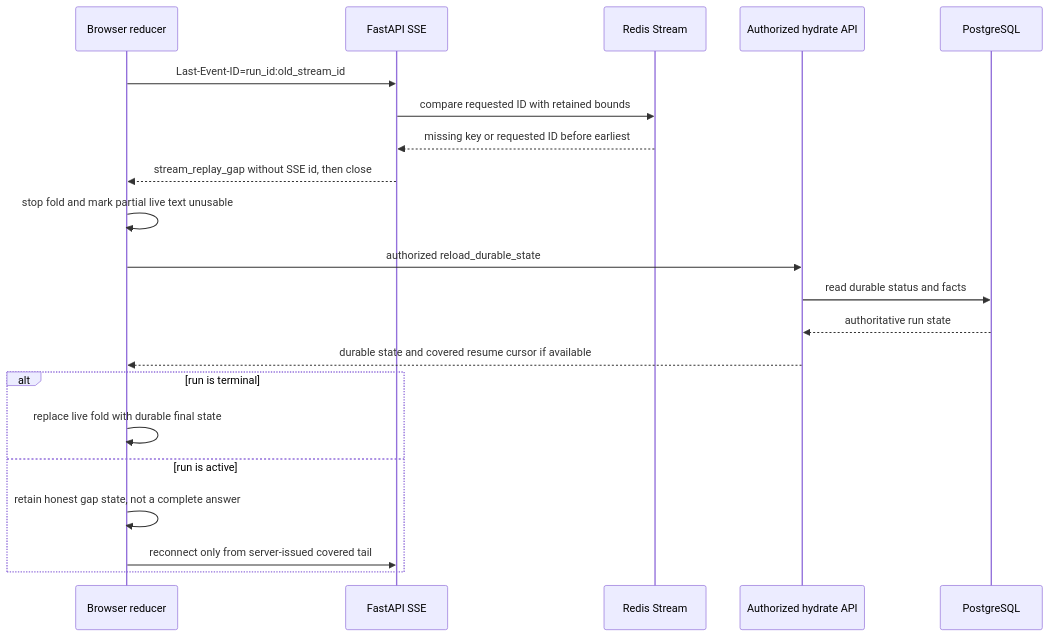
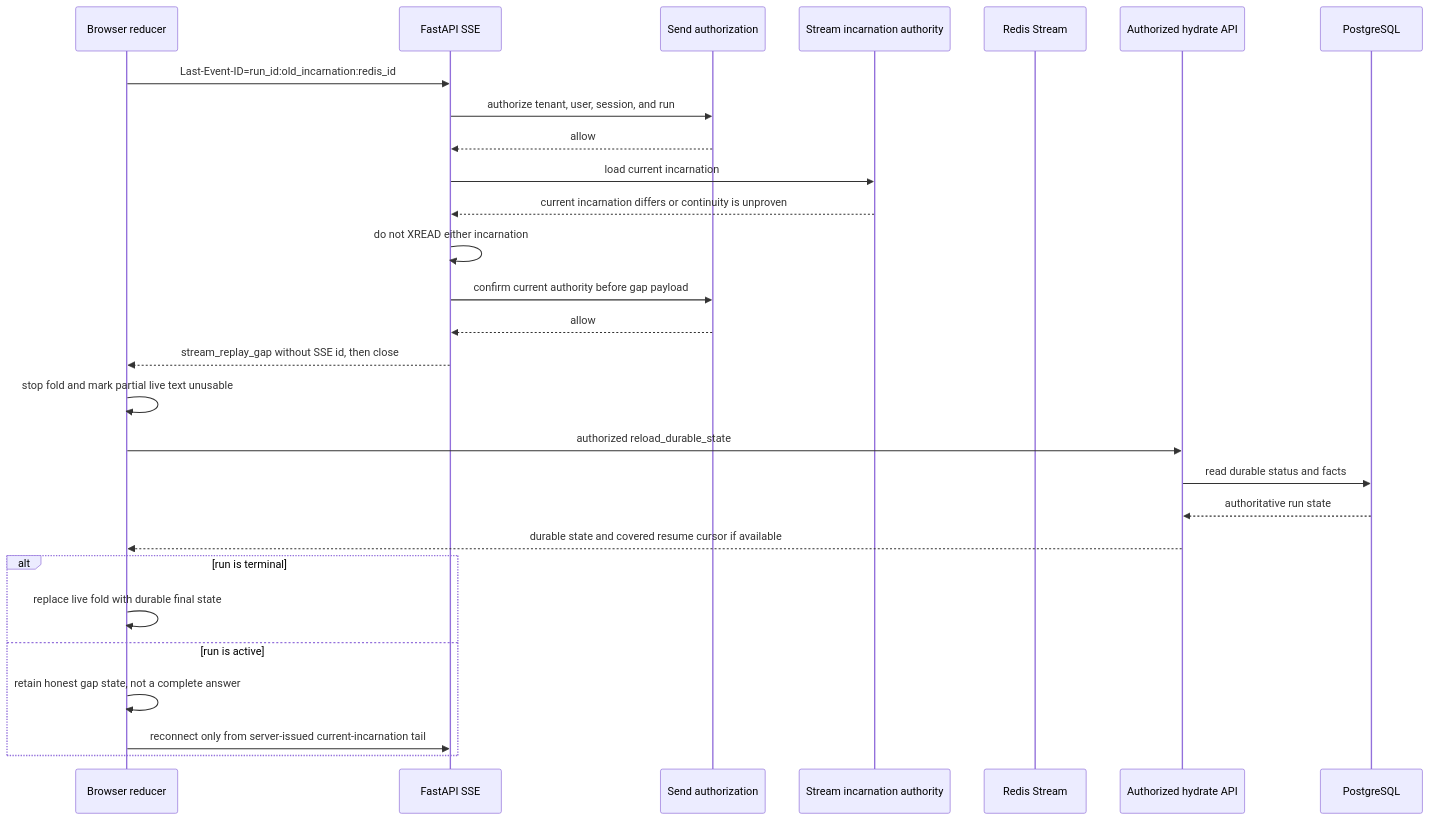
Before and after one commit to demonsxxxxxx/ai-platform: the fourth of 7 diagrams in docs/architecture/redis-streams-sse-event-channel.md, drawn with Mermaid. The commit also changed other lines of this file and 1 other file, not shown here.

Commit message:
docs: fence SSE replay by stream incarnation

````diff
--- a/docs/architecture/redis-streams-sse-event-channel.md
+++ b/docs/architecture/redis-streams-sse-event-channel.md
@@ -264,24 +277,31 @@
 ```mermaid
 sequenceDiagram
     participant B as Browser reducer
     participant A as FastAPI SSE
+    participant Auth as Send authorization
+    participant I as Stream incarnation authority
     participant R as Redis Stream
     participant H as Authorized hydrate API
     participant PG as PostgreSQL
 
-    B->>A: Last-Event-ID=run_id:old_stream_id
-    A->>R: compare requested ID with retained bounds
-    R-->>A: missing key or requested ID before earliest
+    B->>A: Last-Event-ID=run_id:old_incarnation:redis_id
+    A->>Auth: authorize tenant, user, session, and run
+    Auth-->>A: allow
+    A->>I: load current incarnation
+    I-->>A: current incarnation differs or continuity is unproven
+    A->>A: do not XREAD either incarnation
+    A->>Auth: confirm current authority before gap payload
+    Auth-->>A: allow
     A-->>B: stream_replay_gap without SSE id, then close
     B->>B: stop fold and mark partial live text unusable
     B->>H: authorized reload_durable_state
     H->>PG: read durable status and facts
     PG-->>H: authoritative run state
     H-->>B: durable state and covered resume cursor if available
     alt run is terminal
         B->>B: replace live fold with durable final state
     else run is active
         B->>B: retain honest gap state, not a complete answer
-        B->>A: reconnect only from server-issued covered tail
+        B->>A: reconnect only from server-issued current-incarnation tail
     end
 ```
````
